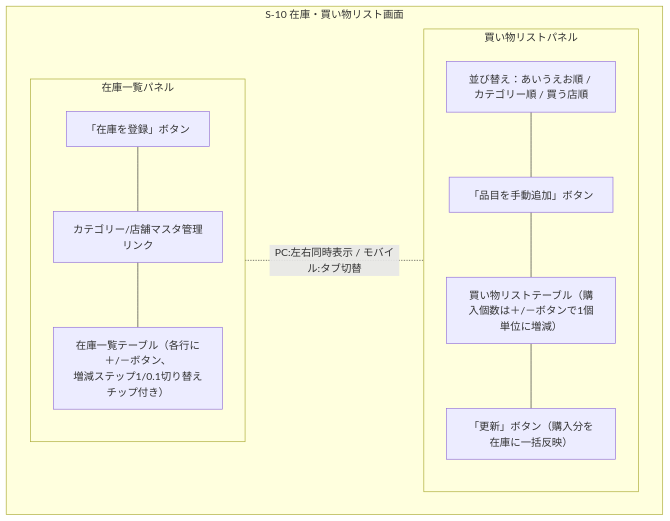
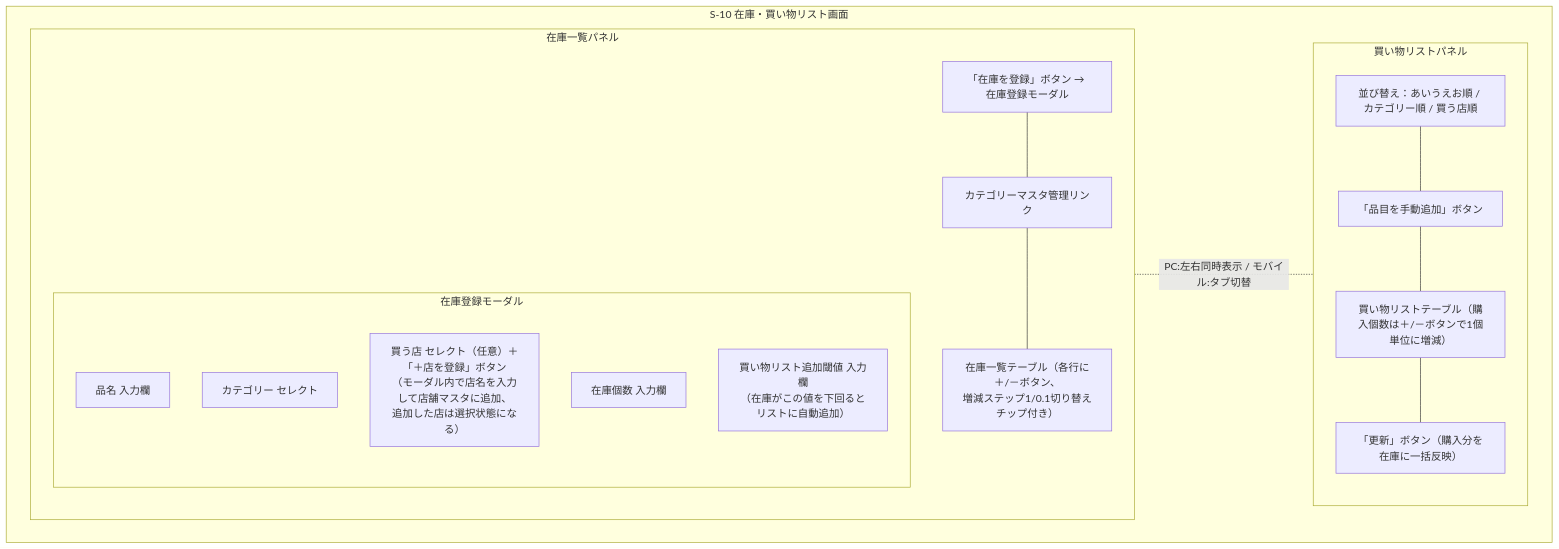
Before and after one commit to yamamotonaoki3/HomeLog: the tenth of 18 diagrams in docs/details/wireframes.md, drawn with Mermaid. The commit also changed other lines of this file and 22 other files, not shown here.

````diff
--- a/docs/details/wireframes.md
+++ b/docs/details/wireframes.md
@@ -400,22 +443,30 @@
 ```mermaid
 flowchart TD
     subgraph Screen["S-10 在庫・買い物リスト画面"]
         direction LR
         subgraph InventoryPanel["在庫一覧パネル"]
             direction TB
-            AddBtn["「在庫を登録」ボタン"]
-            MasterLink["カテゴリー/店舗マスタ管理リンク"]
+            AddBtn["「在庫を登録」ボタン → 在庫登録モーダル"]
+            subgraph InvModal["在庫登録モーダル"]
+                direction TB
+                InvName["品名 入力欄"]
+                InvCategory["カテゴリー セレクト"]
+                InvStore["買う店 セレクト（任意）＋「＋店を登録」ボタン\n（モーダル内で店名を入力して店舗マスタに追加、\n追加した店は選択状態になる）"]
+                InvQty["在庫個数 入力欄"]
+                InvThreshold["買い物リスト追加閾値 入力欄\n（在庫がこの値を下回るとリストに自動追加）"]
+            end
+            MasterLink["カテゴリーマスタ管理リンク"]
             InvList["在庫一覧テーブル（各行に＋/－ボタン、\n増減ステップ1/0.1切り替えチップ付き）"]
         end
         subgraph ShoppingPanel["買い物リストパネル"]
             direction TB
             Sort["並び替え：あいうえお順 / カテゴリー順 / 買う店順"]
             ShopAddBtn["「品目を手動追加」ボタン"]
             ShopList["買い物リストテーブル（購入個数は＋/－ボタンで1個単位に増減）"]
             UpdateBtn["「更新」ボタン（購入分を在庫に一括反映）"]
         end
     end
     AddBtn --- MasterLink --- InvList
     Sort --- ShopAddBtn --- ShopList --- UpdateBtn
     InvList -. "PC:左右同時表示 / モバイル:タブ切替" .- ShopList
 ```
````
